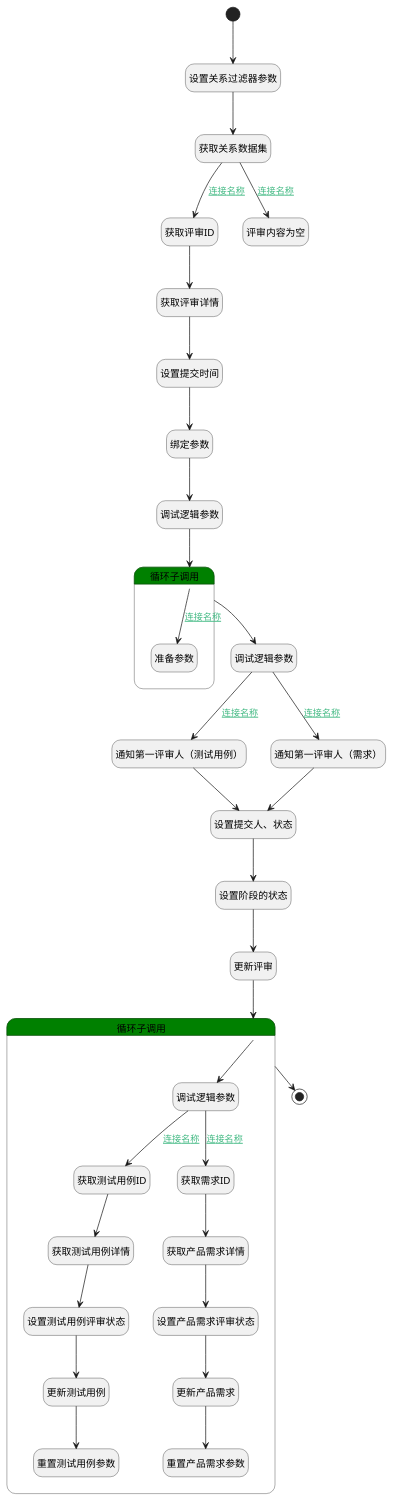
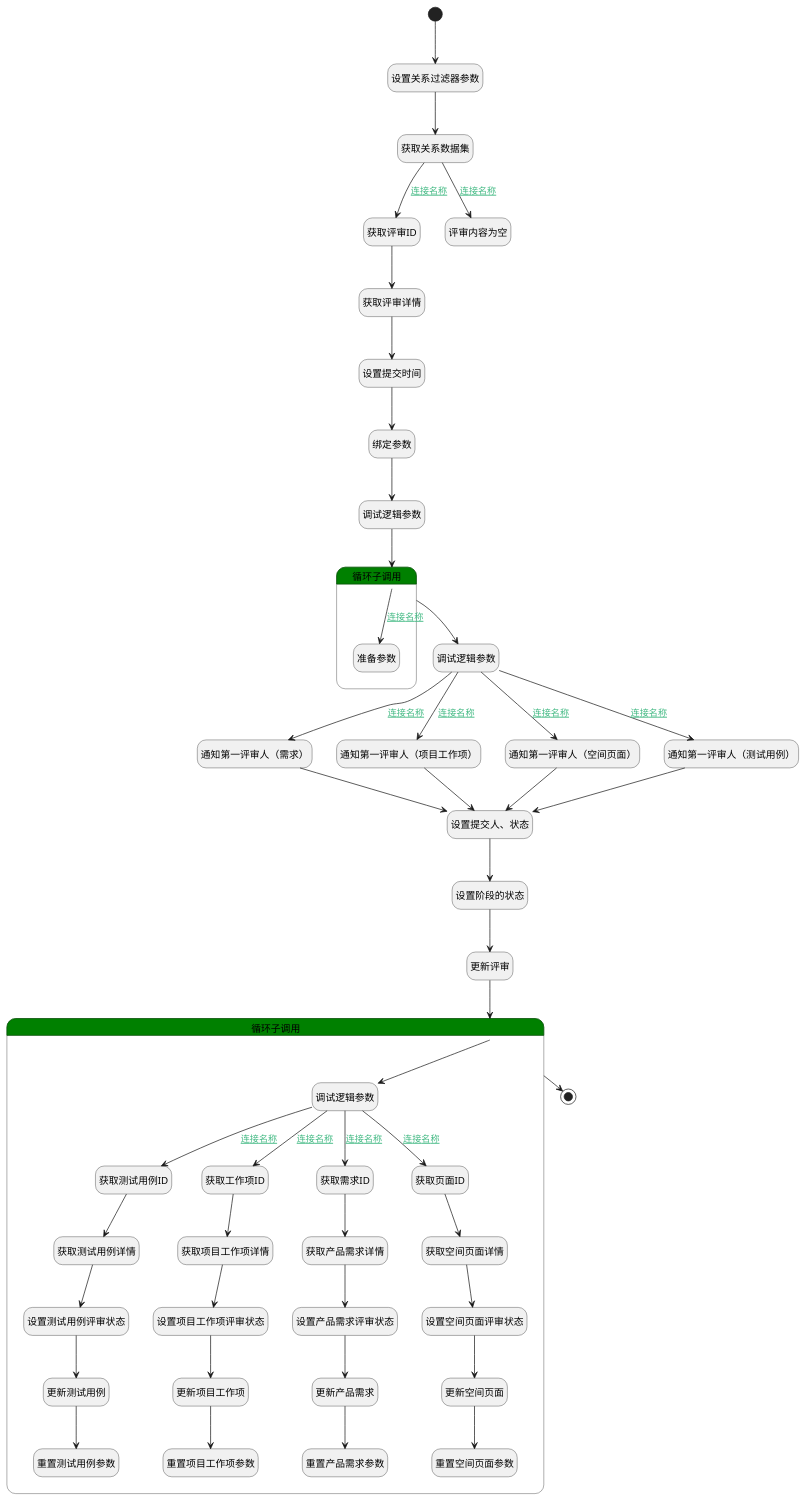
The diagram in doc/docsify/module/TestMgmt/review_content/logic/submit_review.md (iBizLab/plm), drawn with PlantUML before and after one commit. The commit also changed other lines of this file and 686 other files, not shown here.

```diff
--- a/doc/docsify/module/TestMgmt/review_content/logic/submit_review.md
+++ b/doc/docsify/module/TestMgmt/review_content/logic/submit_review.md
@@ -15,19 +15,21 @@
 
 hide empty description
 state "开始" as Begin <<start>> [[$./submit_review#begin {"开始"}]]
-state "通知第一评审人（测试用例）" as DENOTIFY2  [[$./submit_review#denotify2 {"通知第一评审人（测试用例）"}]]
+state "通知第一评审人（需求）" as DENOTIFY1  [[$./submit_review#denotify1 {"通知第一评审人（需求）"}]]
 state "获取评审详情" as DEACTION4  [[$./submit_review#deaction4 {"获取评审详情"}]]
 state "设置提交时间" as RAWSFCODE1  [[$./submit_review#rawsfcode1 {"设置提交时间"}]]
 state "调试逻辑参数" as DEBUGPARAM3  [[$./submit_review#debugparam3 {"调试逻辑参数"}]]
 state "设置提交人、状态" as PREPAREPARAM1  [[$./submit_review#prepareparam1 {"设置提交人、状态"}]]
 state "设置关系过滤器参数" as PREPAREPARAM3  [[$./submit_review#prepareparam3 {"设置关系过滤器参数"}]]
-state "通知第一评审人（需求）" as DENOTIFY1  [[$./submit_review#denotify1 {"通知第一评审人（需求）"}]]
+state "通知第一评审人（项目工作项）" as DENOTIFY3  [[$./submit_review#denotify3 {"通知第一评审人（项目工作项）"}]]
 state "绑定参数" as BINDPARAM1  [[$./submit_review#bindparam1 {"绑定参数"}]]
 state "获取关系数据集" as DEDATASET1  [[$./submit_review#dedataset1 {"获取关系数据集"}]]
 state "设置阶段的状态" as PREPAREPARAM2  [[$./submit_review#prepareparam2 {"设置阶段的状态"}]]
 state "获取评审ID" as PREPAREPARAM6  [[$./submit_review#prepareparam6 {"获取评审ID"}]]
+state "通知第一评审人（空间页面）" as DENOTIFY4  [[$./submit_review#denotify4 {"通知第一评审人（空间页面）"}]]
+state "调试逻辑参数" as DEBUGPARAM2  [[$./submit_review#debugparam2 {"调试逻辑参数"}]]
+state "通知第一评审人（测试用例）" as DENOTIFY2  [[$./submit_review#denotify2 {"通知第一评审人（测试用例）"}]]
 state "更新评审" as DEACTION1  [[$./submit_review#deaction1 {"更新评审"}]]
-state "调试逻辑参数" as DEBUGPARAM2  [[$./submit_review#debugparam2 {"调试逻辑参数"}]]
 state "评审内容为空" as THROWEXCEPTION1  [[$./submit_review#throwexception1 {"评审内容为空"}]]
 state "结束" as END1 <<end>> [[$./submit_review#end1 {"结束"}]]
 state "循环子调用" as LOOPSUBCALL2  [[$./submit_review#loopsubcall2 {"循环子调用"}]] #green {
@@ -40,11 +42,21 @@
 state "设置测试用例评审状态" as PREPAREPARAM5  [[$./submit_review#prepareparam5 {"设置测试用例评审状态"}]]
 state "更新测试用例" as DEACTION3  [[$./submit_review#deaction3 {"更新测试用例"}]]
 state "重置测试用例参数" as RESETPARAM1  [[$./submit_review#resetparam1 {"重置测试用例参数"}]]
+state "获取工作项ID" as PREPAREPARAM10  [[$./submit_review#prepareparam10 {"获取工作项ID"}]]
+state "获取项目工作项详情" as DEACTION7  [[$./submit_review#deaction7 {"获取项目工作项详情"}]]
+state "设置项目工作项评审状态" as PREPAREPARAM11  [[$./submit_review#prepareparam11 {"设置项目工作项评审状态"}]]
+state "更新项目工作项" as DEACTION8  [[$./submit_review#deaction8 {"更新项目工作项"}]]
+state "重置项目工作项参数" as RESETPARAM3  [[$./submit_review#resetparam3 {"重置项目工作项参数"}]]
 state "获取需求ID" as PREPAREPARAM7  [[$./submit_review#prepareparam7 {"获取需求ID"}]]
 state "获取产品需求详情" as DEACTION5  [[$./submit_review#deaction5 {"获取产品需求详情"}]]
 state "设置产品需求评审状态" as PREPAREPARAM8  [[$./submit_review#prepareparam8 {"设置产品需求评审状态"}]]
 state "更新产品需求" as DEACTION6  [[$./submit_review#deaction6 {"更新产品需求"}]]
 state "重置产品需求参数" as RESETPARAM2  [[$./submit_review#resetparam2 {"重置产品需求参数"}]]
+state "获取页面ID" as PREPAREPARAM12  [[$./submit_review#prepareparam12 {"获取页面ID"}]]
+state "获取空间页面详情" as DEACTION9  [[$./submit_review#deaction9 {"获取空间页面详情"}]]
+state "设置空间页面评审状态" as PREPAREPARAM13  [[$./submit_review#prepareparam13 {"设置空间页面评审状态"}]]
+state "更新空间页面" as DEACTION10  [[$./submit_review#deaction10 {"更新空间页面"}]]
+state "重置空间页面参数" as RESETPARAM4  [[$./submit_review#resetparam4 {"重置空间页面参数"}]]
 }
 
 
@@ -69,14 +81,28 @@
 DEACTION2 --> PREPAREPARAM5
 PREPAREPARAM5 --> DEACTION3
 DEACTION3 --> RESETPARAM1
+DEBUGPARAM1 --> PREPAREPARAM10 : [[$./submit_review#debugparam1-prepareparam10{连接名称} 连接名称]]
+PREPAREPARAM10 --> DEACTION7
+DEACTION7 --> PREPAREPARAM11
+PREPAREPARAM11 --> DEACTION8
+DEACTION8 --> RESETPARAM3
 DEBUGPARAM1 --> PREPAREPARAM7 : [[$./submit_review#debugparam1-prepareparam7{连接名称} 连接名称]]
 PREPAREPARAM7 --> DEACTION5
 DEACTION5 --> PREPAREPARAM8
 PREPAREPARAM8 --> DEACTION6
 DEACTION6 --> RESETPARAM2
+DEBUGPARAM1 --> PREPAREPARAM12 : [[$./submit_review#debugparam1-prepareparam12{连接名称} 连接名称]]
+PREPAREPARAM12 --> DEACTION9
+DEACTION9 --> PREPAREPARAM13
+PREPAREPARAM13 --> DEACTION10
+DEACTION10 --> RESETPARAM4
 LOOPSUBCALL1 --> END1
+DEBUGPARAM3 --> DENOTIFY3 : [[$./submit_review#debugparam3-denotify3{连接名称} 连接名称]]
+DENOTIFY3 --> PREPAREPARAM1
 DEBUGPARAM3 --> DENOTIFY2 : [[$./submit_review#debugparam3-denotify2{连接名称} 连接名称]]
 DENOTIFY2 --> PREPAREPARAM1
+DEBUGPARAM3 --> DENOTIFY4 : [[$./submit_review#debugparam3-denotify4{连接名称} 连接名称]]
+DENOTIFY4 --> PREPAREPARAM1
 DEDATASET1 --> THROWEXCEPTION1 : [[$./submit_review#dedataset1-throwexception1{连接名称} 连接名称]]
 
 
```
